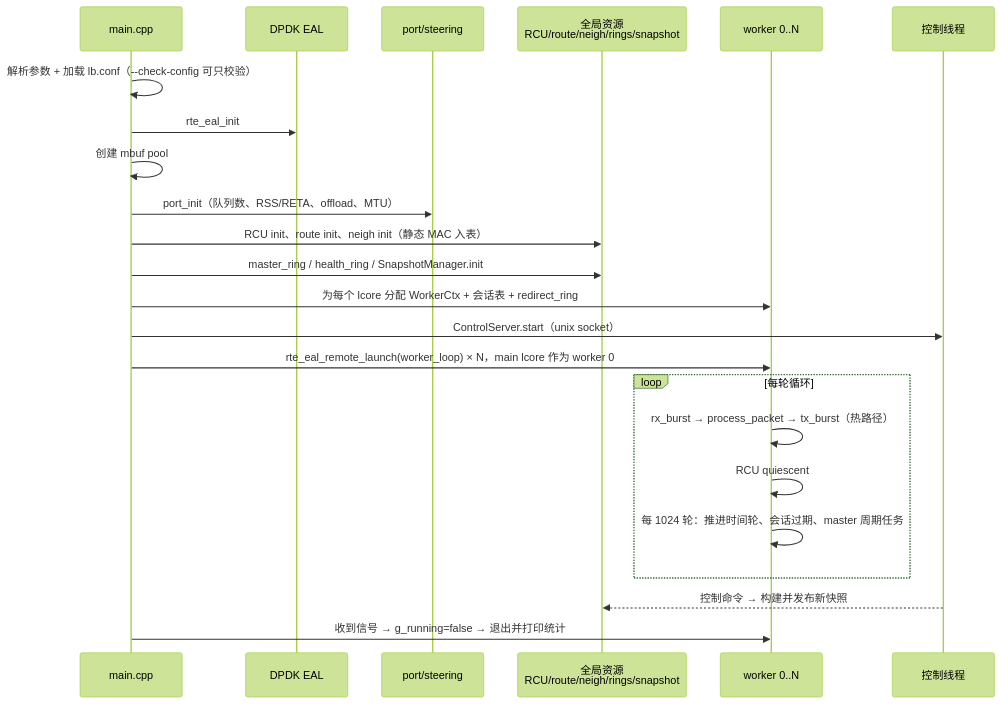
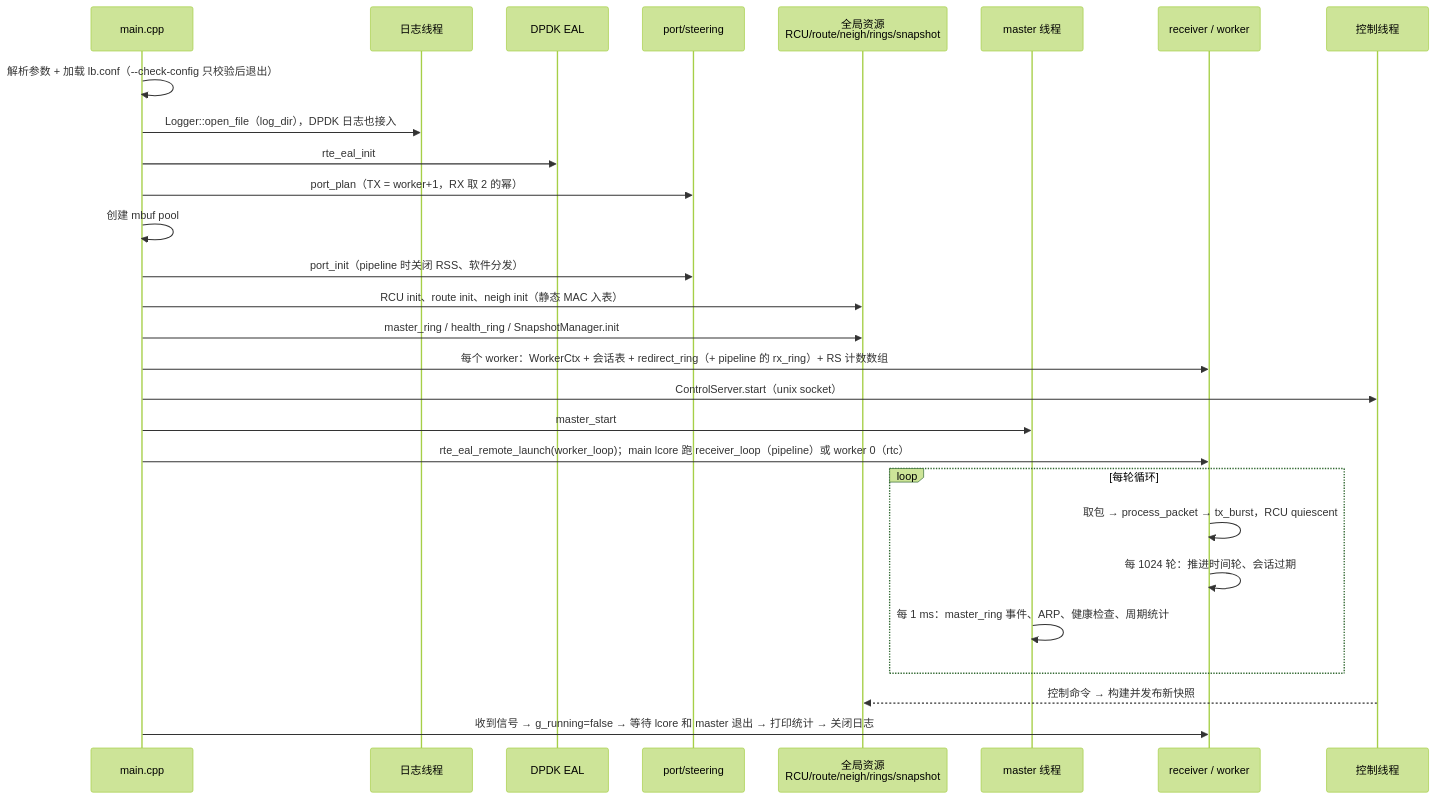
One commit to lymdgit/l4-loadbalancer changed the sixth of 6 diagrams in docs/架构图.md. Above: the diagram before and after it, drawn with Mermaid (forest theme). The commit also changed other lines of this file and 6 other files, not shown here.

````diff
--- a/docs/架构图.md
+++ b/docs/架构图.md
@@ -242,26 +272,31 @@
 ```mermaid
 sequenceDiagram
     participant M as main.cpp
+    participant L as 日志线程
     participant EAL as DPDK EAL
     participant P as port/steering
     participant G as 全局资源<br/>RCU/route/neigh/rings/snapshot
-    participant W as worker 0..N
+    participant MS as master 线程
+    participant W as receiver / worker
     participant C as 控制线程
 
-    M->>M: 解析参数 + 加载 lb.conf（--check-config 可只校验）
+    M->>M: 解析参数 + 加载 lb.conf（--check-config 只校验后退出）
+    M->>L: Logger::open_file（log_dir），DPDK 日志也接入
     M->>EAL: rte_eal_init
+    M->>P: port_plan（TX = worker+1，RX 取 2 的幂）
     M->>M: 创建 mbuf pool
-    M->>P: port_init（队列数、RSS/RETA、offload、MTU）
+    M->>P: port_init（pipeline 时关闭 RSS、软件分发）
     M->>G: RCU init、route init、neigh init（静态 MAC 入表）
     M->>G: master_ring / health_ring / SnapshotManager.init
-    M->>W: 为每个 lcore 分配 WorkerCtx + 会话表 + redirect_ring
+    M->>W: 每个 worker：WorkerCtx + 会话表 + redirect_ring（+ pipeline 的 rx_ring）+ RS 计数数组
     M->>C: ControlServer.start（unix socket）
-    M->>W: rte_eal_remote_launch(worker_loop) × N，main lcore 作为 worker 0
+    M->>MS: master_start
+    M->>W: rte_eal_remote_launch(worker_loop)；main lcore 跑 receiver_loop（pipeline）或 worker 0（rtc）
     loop 每轮循环
-        W->>W: rx_burst → process_packet → tx_burst（热路径）
-        W->>W: RCU quiescent
-        W->>W: 每 1024 轮：推进时间轮、会话过期、master 周期任务
+        W->>W: 取包 → process_packet → tx_burst，RCU quiescent
+        W->>W: 每 1024 轮：推进时间轮、会话过期
+        MS->>MS: 每 1 ms：master_ring 事件、ARP、健康检查、周期统计
     end
     C-->>G: 控制命令 → 构建并发布新快照
-    M->>W: 收到信号 → g_running=false → 退出并打印统计
+    M->>W: 收到信号 → g_running=false → 等待 lcore 和 master 退出 → 打印统计 → 关闭日志
 ```
````
